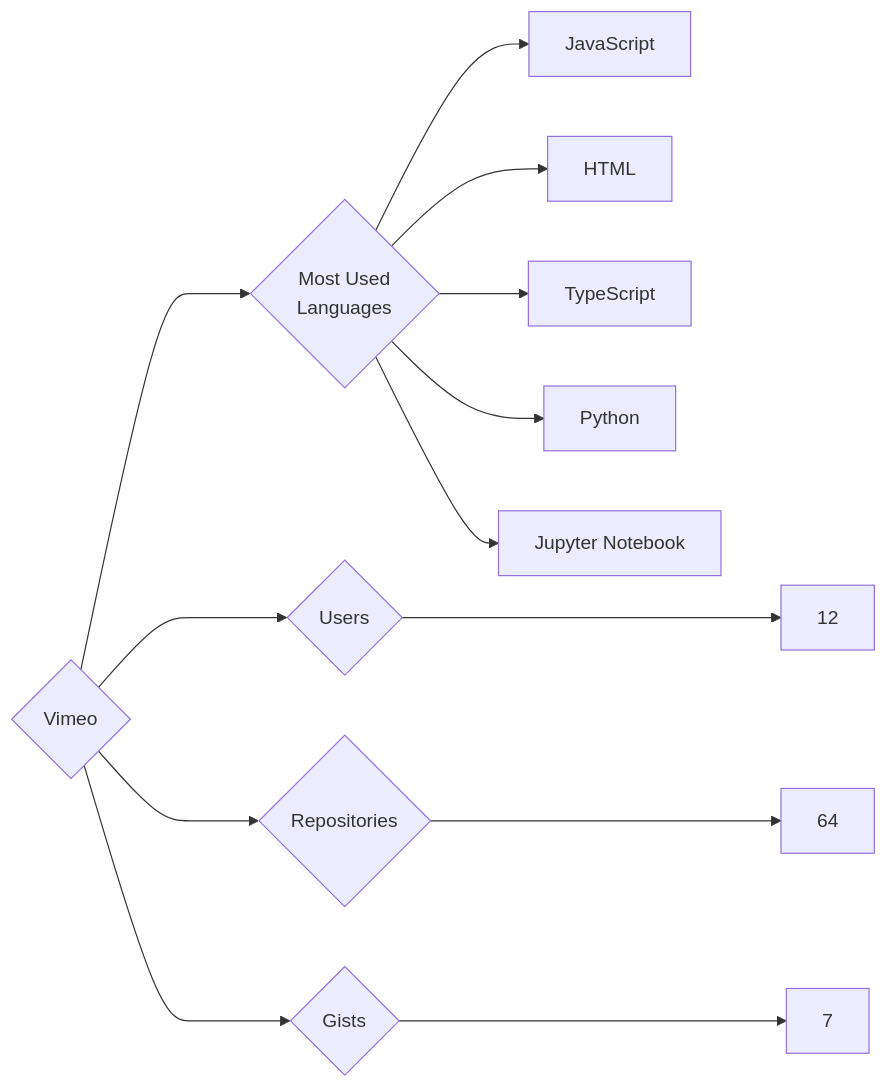
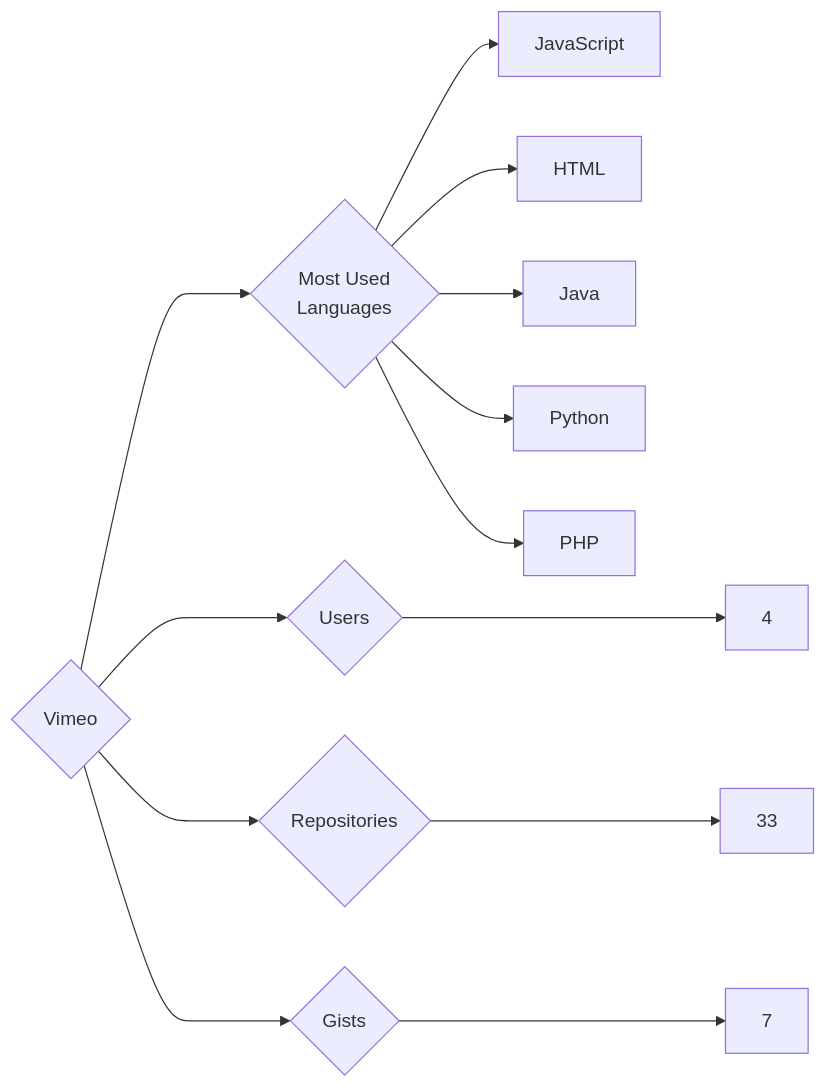
The diagram in targets/Vimeo/README.md (trickest/insiders), drawn with Mermaid before and after one commit. The commit also changed 748 other files, not shown here.

````diff
--- a/targets/Vimeo/README.md
+++ b/targets/Vimeo/README.md
@@ -3,13 +3,13 @@
 ```mermaid
 graph LR
 COMPANY_NAME{Vimeo}
-COMPANY_NAME ---> U{Users} ---> UN[12]
-COMPANY_NAME ---> R{Repositories} ---> RN[64]
+COMPANY_NAME ---> U{Users} ---> UN[4]
+COMPANY_NAME ---> R{Repositories} ---> RN[33]
 COMPANY_NAME ---> G{Gists} ---> GN[7]
 COMPANY_NAME ---> ML{Most Used<br>Languages}
 ML --> JavaScript[JavaScript]
 ML --> HTML[HTML]
-ML --> TypeScript[TypeScript]
+ML --> Java[Java]
 ML --> Python[Python]
-ML --> Jupyter_Notebook[Jupyter Notebook]
+ML --> PHP[PHP]
 ```
````
